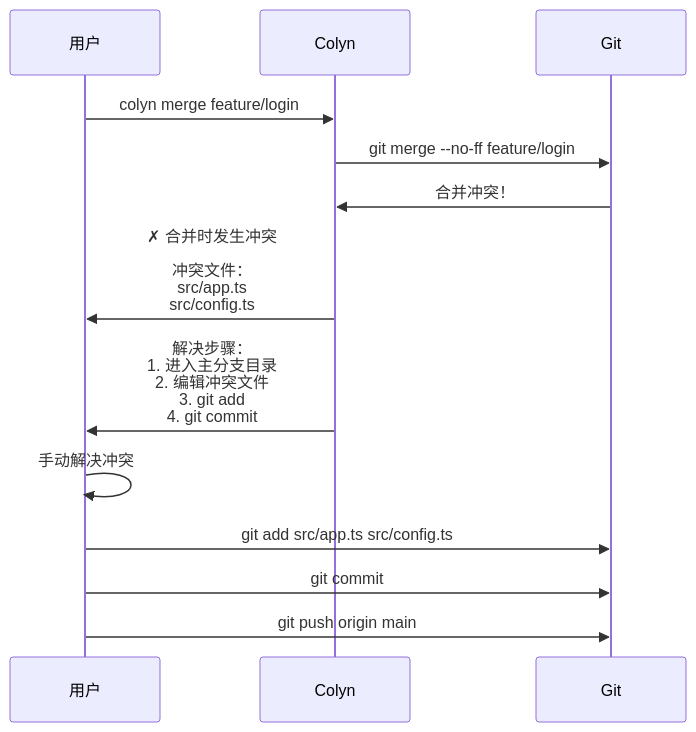
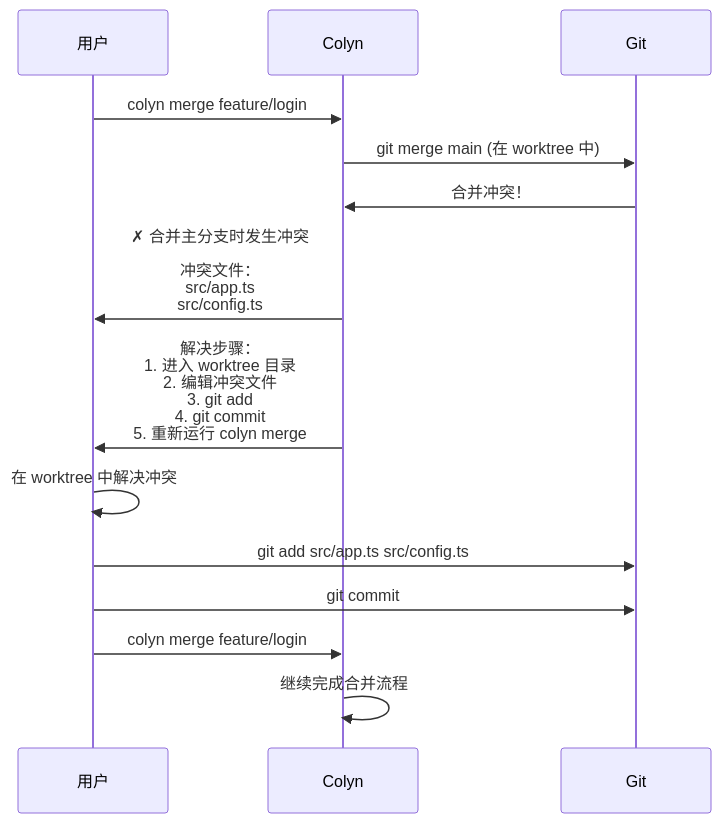
The second of 6 diagrams in docs/design-merge-command.md (colin-han/colyn), drawn with Mermaid before and after one commit. The commit also changed other lines of this file and 2 other files, not shown here.

````diff
--- a/docs/design-merge-command.md
+++ b/docs/design-merge-command.md
@@ -153,18 +161,19 @@
 ```mermaid
 sequenceDiagram
     participant U as 用户
     participant C as Colyn
     participant G as Git
 
     U->>C: colyn merge feature/login
-    C->>G: git merge --no-ff feature/login
+    C->>G: git merge main (在 worktree 中)
     G->>C: 合并冲突！
 
-    C->>U: ✗ 合并时发生冲突<br/><br/>冲突文件：<br/>  src/app.ts<br/>  src/config.ts
-    C->>U: 解决步骤：<br/>1. 进入主分支目录<br/>2. 编辑冲突文件<br/>3. git add<br/>4. git commit
+    C->>U: ✗ 合并主分支时发生冲突<br/><br/>冲突文件：<br/>  src/app.ts<br/>  src/config.ts
+    C->>U: 解决步骤：<br/>1. 进入 worktree 目录<br/>2. 编辑冲突文件<br/>3. git add<br/>4. git commit<br/>5. 重新运行 colyn merge
 
-    U->>U: 手动解决冲突
+    U->>U: 在 worktree 中解决冲突
     U->>G: git add src/app.ts src/config.ts
     U->>G: git commit
-    U->>G: git push origin main
+    U->>C: colyn merge feature/login
+    C->>C: 继续完成合并流程
 ```
````
